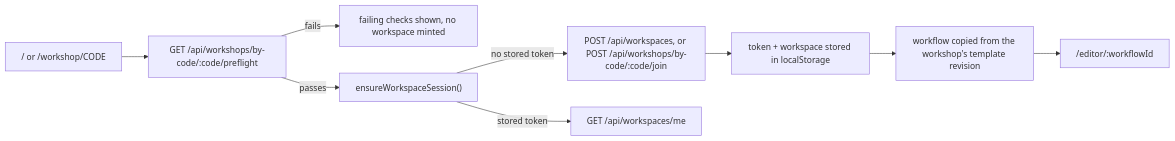
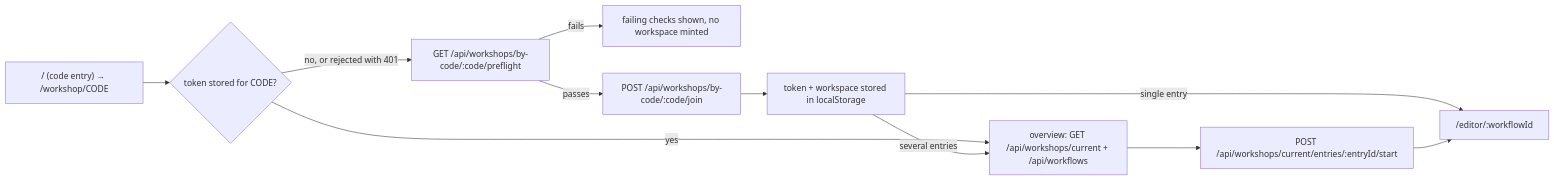
Before and after one commit to HASKI-RAK/NodeGrade: the fourth of 4 diagrams in docs/architecture.md, drawn with Mermaid. The commit also changed other lines of this file and 18 other files, not shown here.

First line of the commit message:
docs(workshop): SPEC-0022 implemented; e2e for workshop template sets

````diff
--- a/docs/architecture.md
+++ b/docs/architecture.md
@@ -123,11 +136,13 @@
 ```mermaid
 flowchart LR
-    Start["/ or /workshop/CODE"] --> Preflight["GET /api/workshops/by-code/:code/preflight"]
+    Start["/ (code entry) → /workshop/CODE"] --> Stored{"token stored for CODE?"}
+    Stored -->|yes| Overview["overview: GET /api/workshops/current + /api/workflows"]
+    Stored -->|"no, or rejected with 401"| Preflight["GET /api/workshops/by-code/:code/preflight"]
     Preflight -->|fails| Blocked["failing checks shown, no workspace minted"]
-    Preflight -->|passes| Ensure["ensureWorkspaceSession()"]
-    Ensure -->|no stored token| Create["POST /api/workspaces, or POST /api/workshops/by-code/:code/join"]
-    Create --> Token["token + workspace stored in localStorage"]
-    Ensure -->|stored token| Verify["GET /api/workspaces/me"]
-    Token --> Copy["workflow copied from the workshop's template revision"]
-    Copy --> Editor["/editor/:workflowId"]
+    Preflight -->|passes| Join["POST /api/workshops/by-code/:code/join"]
+    Join --> Token["token + workspace stored in localStorage"]
+    Token -->|single entry| Editor["/editor/:workflowId"]
+    Token -->|several entries| Overview
+    Overview --> StartEntry["POST /api/workshops/current/entries/:entryId/start"]
+    StartEntry --> Editor
 ```
````
